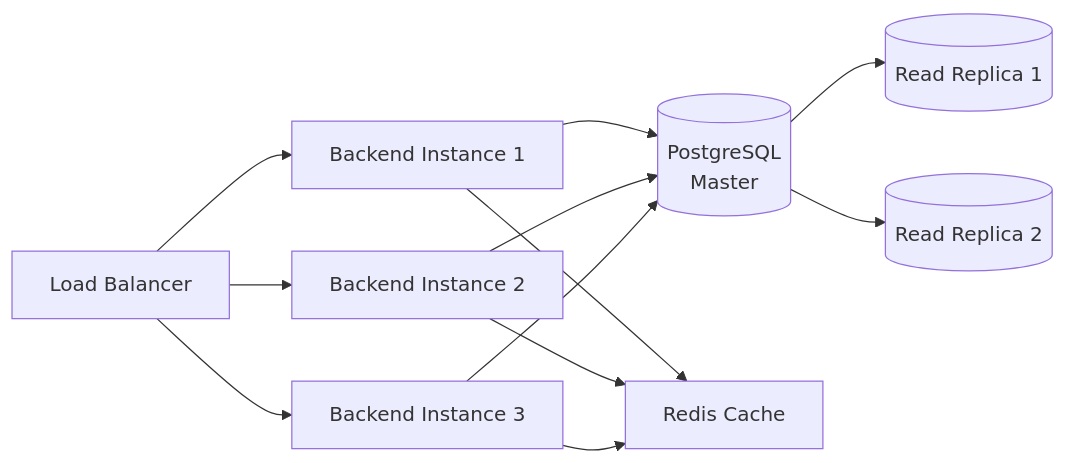
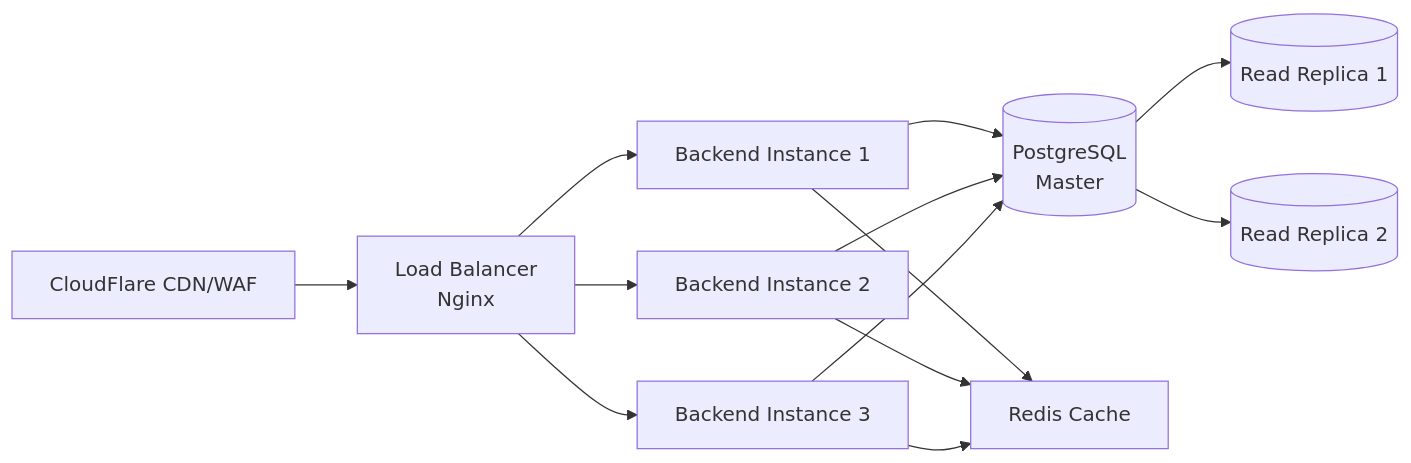
Before and after one commit to tikpoptv/MUSE-MUSIC: the tenth of 10 diagrams in diagrams/architecture-design.md, drawn with Mermaid. The commit also changed other lines of this file and 2 other files, not shown here.

First line of the commit message:
Update diagrams to reflect CloudFlare integration

````diff
--- a/diagrams/architecture-design.md
+++ b/diagrams/architecture-design.md
@@ -402,17 +415,19 @@
 ```mermaid
 graph LR
-    LB[Load Balancer] --> BE1[Backend Instance 1]
+    CF[CloudFlare CDN/WAF] --> LB[Load Balancer<br/>Nginx]
+    
+    LB --> BE1[Backend Instance 1]
     LB --> BE2[Backend Instance 2]
     LB --> BE3[Backend Instance 3]
     
     BE1 --> DB[(PostgreSQL<br/>Master)]
     BE2 --> DB
     BE3 --> DB
     
     DB --> REPLICA1[(Read Replica 1)]
     DB --> REPLICA2[(Read Replica 2)]
     
     BE1 --> REDIS[Redis Cache]
     BE2 --> REDIS
     BE3 --> REDIS
 ```
````
